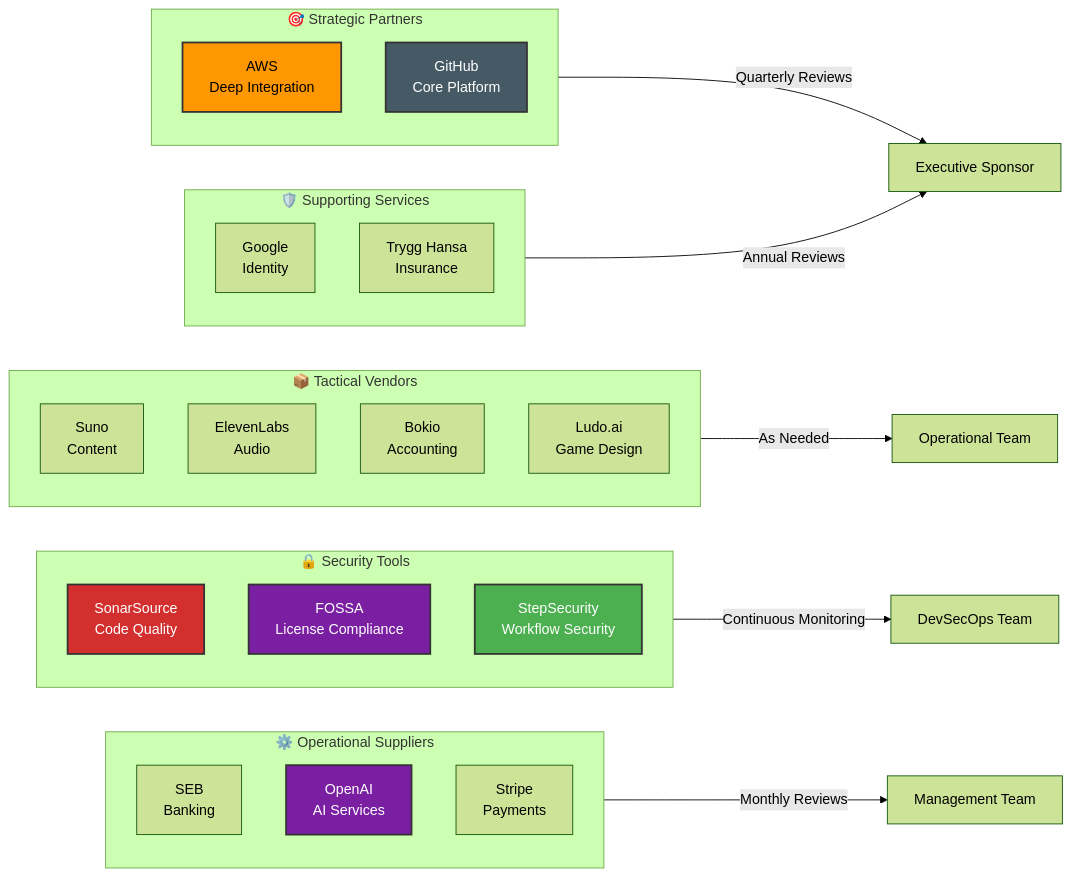
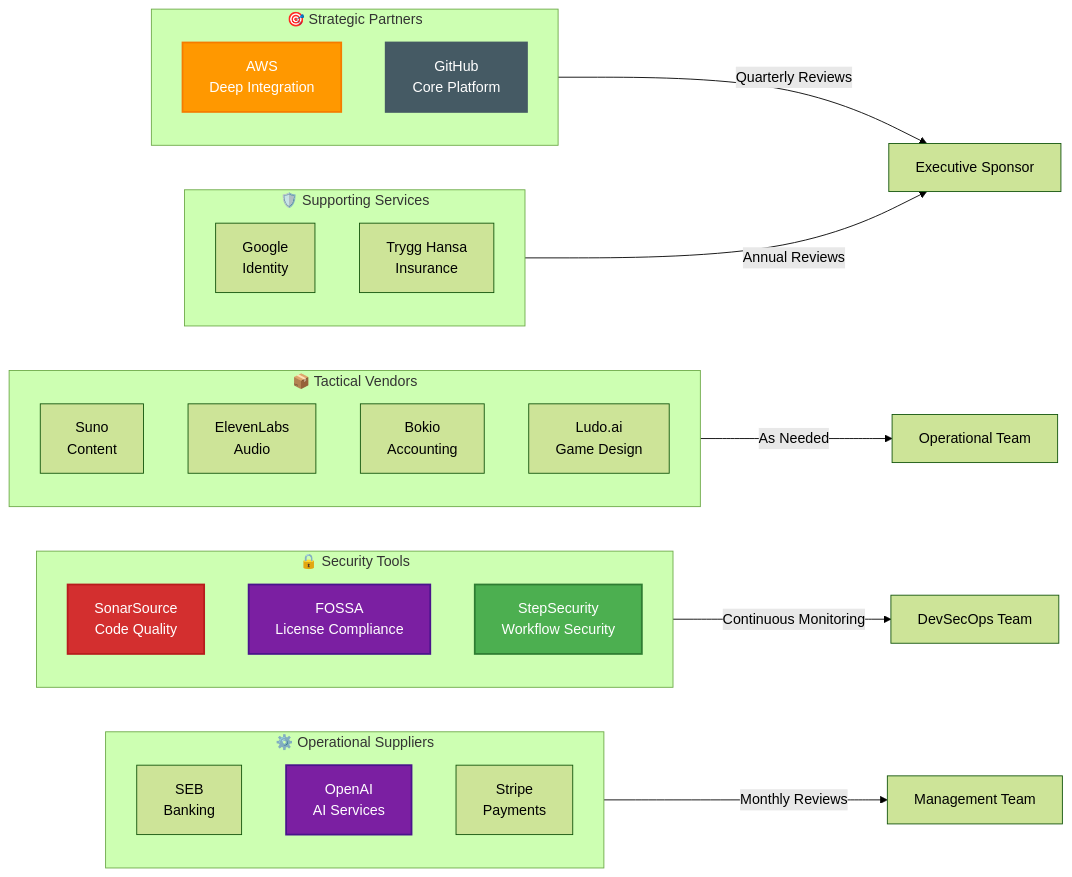
One commit to Hack23/ISMS-PUBLIC changed the fifth of 5 diagrams in SUPPLIER.md. Above: the diagram before and after it, drawn with Mermaid (forest theme). The commit also changed other lines of this file and 18 other files, not shown here.

Commit message:
fix broken mermaid

````diff
--- a/SUPPLIER.md
+++ b/SUPPLIER.md
@@ -451,44 +444,44 @@
 ```mermaid
 graph LR
     subgraph Strategic["🎯 Strategic Partners"]
         AWS[AWS<br/>Deep Integration]
         GitHub[GitHub<br/>Core Platform]
     end
     
     subgraph Operational["⚙️ Operational Suppliers"]
         SEB[SEB<br/>Banking]
         OpenAI[OpenAI<br/>AI Services]
         Stripe[Stripe<br/>Payments]
     end
     
     subgraph Security["🔒 Security Tools"]
         SonarSource[SonarSource<br/>Code Quality]
         FOSSA[FOSSA<br/>License Compliance]
         StepSecurity[StepSecurity<br/>Workflow Security]
     end
     
     subgraph Tactical["📦 Tactical Vendors"]
         Suno[Suno<br/>Content]
         ElevenLabs[ElevenLabs<br/>Audio]
         Bokio[Bokio<br/>Accounting]
         Ludo.ai[Ludo.ai<br/>Game Design]
     end
     
     subgraph Support["🛡️ Supporting Services"]
         Google[Google<br/>Identity]
         TryggHansa[Trygg Hansa<br/>Insurance]
     end
     
     Strategic -->|Quarterly Reviews| Executive[Executive Sponsor]
     Operational -->|Monthly Reviews| Management[Management Team]
     Security -->|Continuous Monitoring| DevSecOps[DevSecOps Team]
     Tactical -->|As Needed| Operational_Team[Operational Team]
     Support -->|Annual Reviews| Executive
     
-    style AWS fill:#FF9800,stroke:#333,stroke-width:2px
-    style GitHub fill:#455A64,stroke:#333,stroke-width:2px,color:#fff
-    style OpenAI fill:#7B1FA2,stroke:#333,stroke-width:2px,color:#fff
-    style SonarSource fill:#D32F2F,stroke:#333,stroke-width:2px,color:#fff
-    style FOSSA fill:#7B1FA2,stroke:#333,stroke-width:2px,color:#fff
-    style StepSecurity fill:#4CAF50,stroke:#333,stroke-width:2px,color:#fff
+    style AWS fill:#FF9800,stroke:#F57C00,stroke-width:2px,color:#ffffff
+    style GitHub fill:#455A64,stroke:#455A64,stroke-width:2px,color:#ffffff
+    style OpenAI fill:#7B1FA2,stroke:#4A148C,stroke-width:2px,color:#ffffff
+    style SonarSource fill:#D32F2F,stroke:#B71C1C,stroke-width:2px,color:#ffffff
+    style FOSSA fill:#7B1FA2,stroke:#4A148C,stroke-width:2px,color:#ffffff
+    style StepSecurity fill:#4CAF50,stroke:#2E7D32,stroke-width:2px,color:#ffffff
 ```
````
